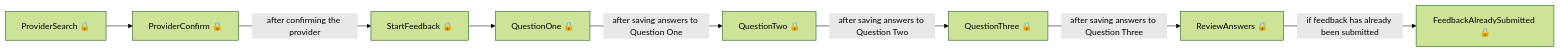
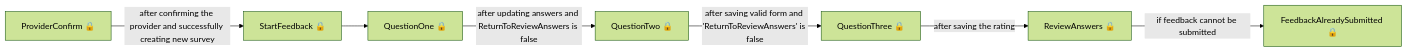
The fourth of 4 diagrams in das-employer-feedback-web/user-journeys/user-journeys.md (talentconsulting/atlas-dfe), drawn with Mermaid (forest theme) before and after one commit. The commit also changed other lines of this file and 36 other files, not shown here.

````diff
--- a/das-employer-feedback-web/user-journeys/user-journeys.md
+++ b/das-employer-feedback-web/user-journeys/user-journeys.md
@@ -47,10 +43,9 @@
 ```mermaid
 flowchart LR
-  p0["ProviderSearch 🔒"] --> p1["ProviderConfirm 🔒"]
-  p1["ProviderConfirm 🔒"] -->|"after confirming the provider"| p2["StartFeedback 🔒"]
-  p2["StartFeedback 🔒"] --> p3["QuestionOne 🔒"]
-  p3["QuestionOne 🔒"] -->|"after saving answers to Question One"| p4["QuestionTwo 🔒"]
-  p4["QuestionTwo 🔒"] -->|"after saving answers to Question Two"| p5["QuestionThree 🔒"]
-  p5["QuestionThree 🔒"] -->|"after saving answers to Question Three"| p6["ReviewAnswers 🔒"]
-  p6["ReviewAnswers 🔒"] -->|"if feedback has already been submitted"| p7["FeedbackAlreadySubmitted 🔒"]
+  p0["ProviderConfirm 🔒"] -->|"after confirming the provider and successfully creating new survey"| p1["StartFeedback 🔒"]
+  p1["StartFeedback 🔒"] --> p2["QuestionOne 🔒"]
+  p2["QuestionOne 🔒"] -->|"after updating answers and ReturnToReviewAnswers is false"| p3["QuestionTwo 🔒"]
+  p3["QuestionTwo 🔒"] -->|"after saving valid form and 'ReturnToReviewAnswers' is false"| p4["QuestionThree 🔒"]
+  p4["QuestionThree 🔒"] -->|"after saving the rating"| p5["ReviewAnswers 🔒"]
+  p5["ReviewAnswers 🔒"] -->|"if feedback cannot be submitted"| p6["FeedbackAlreadySubmitted 🔒"]
 ```
````
